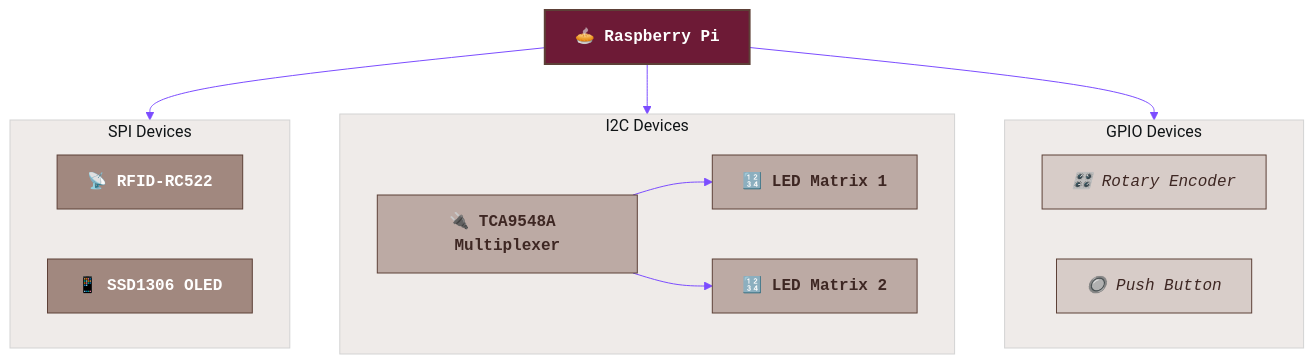
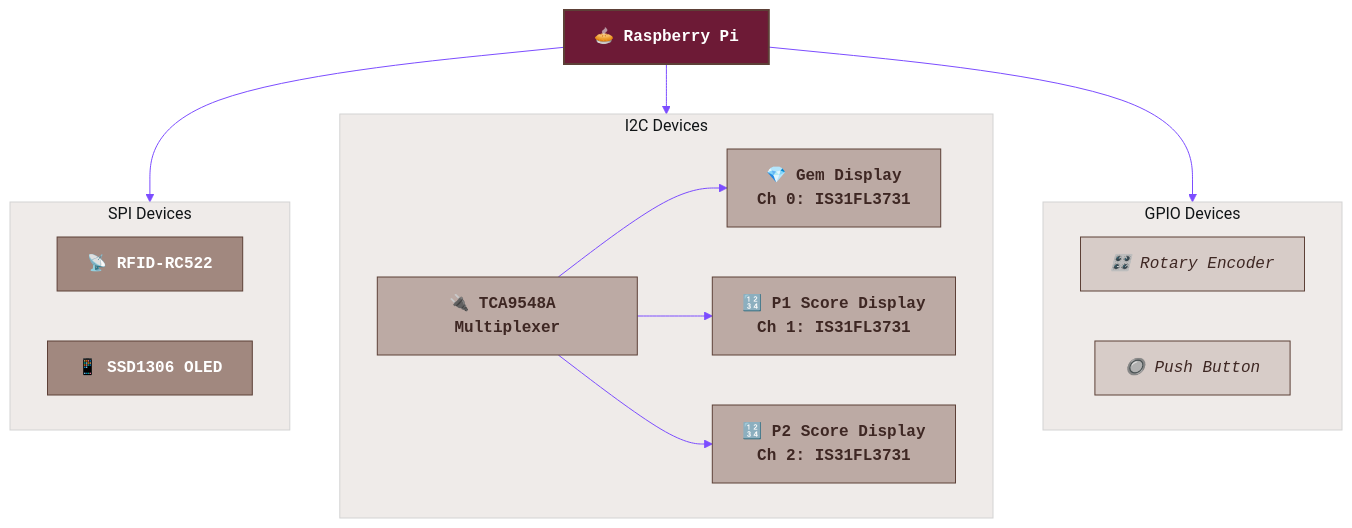
One commit to declanshanaghy/gwent changed the third of 9 diagrams in README.md. Above: the diagram before and after it, drawn with Mermaid. The commit also changed other lines of this file and 20 other files, not shown here.

````diff
--- a/README.md
+++ b/README.md
@@ -105,46 +106,48 @@
 ```mermaid
 %%{init: {
   'theme': 'base',
   'themeVariables': {
     'primaryColor': '#6d1a36',
-    'primaryTextColor': '#fff',
+    'primaryTextColor': '#333',
     'primaryBorderColor': '#7C4DFF',
     'lineColor': '#7C4DFF',
     'secondaryColor': '#D7CCC8',
     'tertiaryColor': '#EFEBE9',
     'fontFamily': 'Courier New',
     'fontSize': '16px'
   }
 }}%%
 
 graph TD
     classDef rpi fill:#6d1a36,stroke:#5D4037,stroke-width:2px,color:#fff,font-family:'Courier New',font-weight:bold
     classDef spi fill:#A1887F,stroke:#5D4037,stroke-width:1px,color:#fff,font-family:'Courier New',font-weight:bold
     classDef i2c fill:#BCAAA4,stroke:#5D4037,stroke-width:1px,color:#3E2723,font-family:'Courier New',font-weight:bold
     classDef gpio fill:#D7CCC8,stroke:#5D4037,stroke-width:1px,color:#3E2723,font-family:'Courier New',font-style:italic
     
     rpi["🥧 Raspberry Pi"]:::rpi
     
     subgraph spi_devices["SPI Devices"]
         rfid["📡 RFID-RC522"]:::spi
         oled["📱 SSD1306 OLED"]:::spi
     end
     
     subgraph i2c_devices["I2C Devices"]
         mux["🔌 TCA9548A Multiplexer"]:::i2c
-        matrix1["🔢 LED Matrix 1"]:::i2c
-        matrix2["🔢 LED Matrix 2"]:::i2c
+        matrix0["💎 Gem Display<br/>Ch 0: IS31FL3731"]:::i2c
+        matrix1["🔢 P1 Score Display<br/>Ch 1: IS31FL3731"]:::i2c
+        matrix2["🔢 P2 Score Display<br/>Ch 2: IS31FL3731"]:::i2c
     end
-    
+
     subgraph gpio_devices["GPIO Devices"]
         rotary["🎛️ Rotary Encoder"]:::gpio
         button["🔘 Push Button"]:::gpio
     end
-    
+
     rpi --> spi_devices
     rpi --> i2c_devices
     rpi --> gpio_devices
-    
+
+    mux --> matrix0
     mux --> matrix1
     mux --> matrix2
 ```
````
